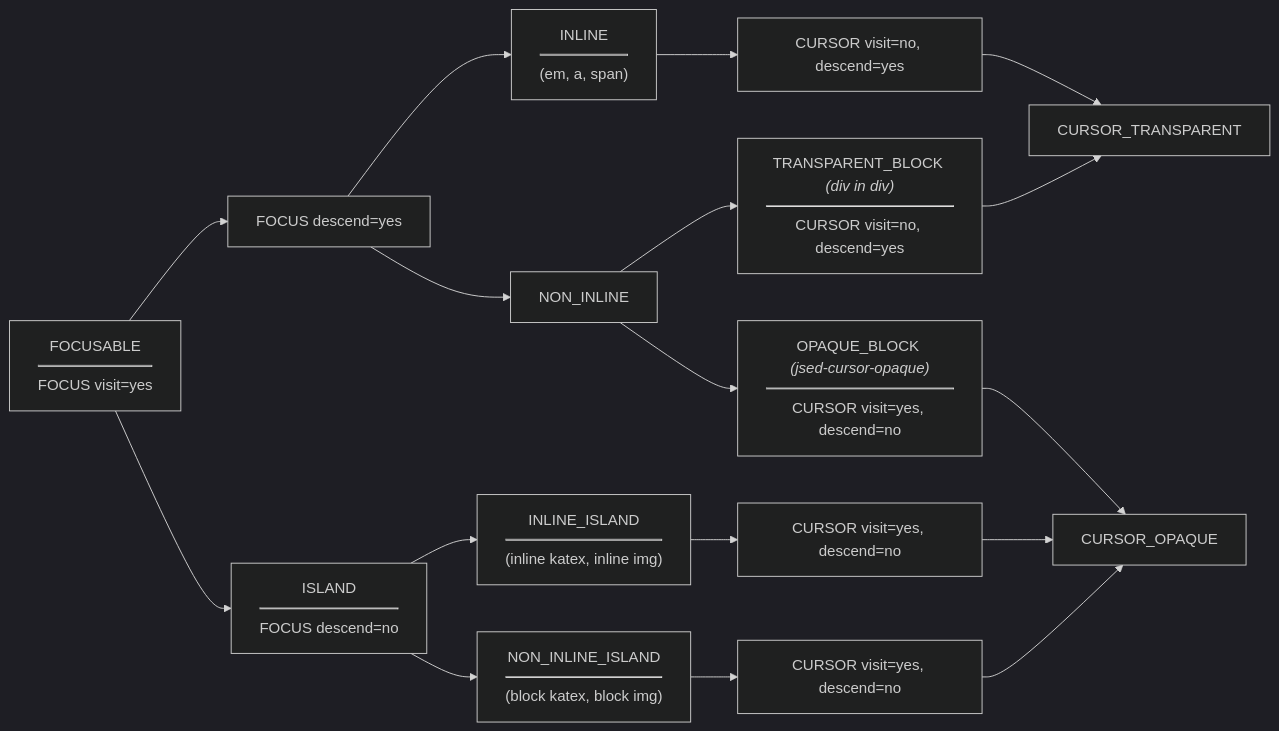
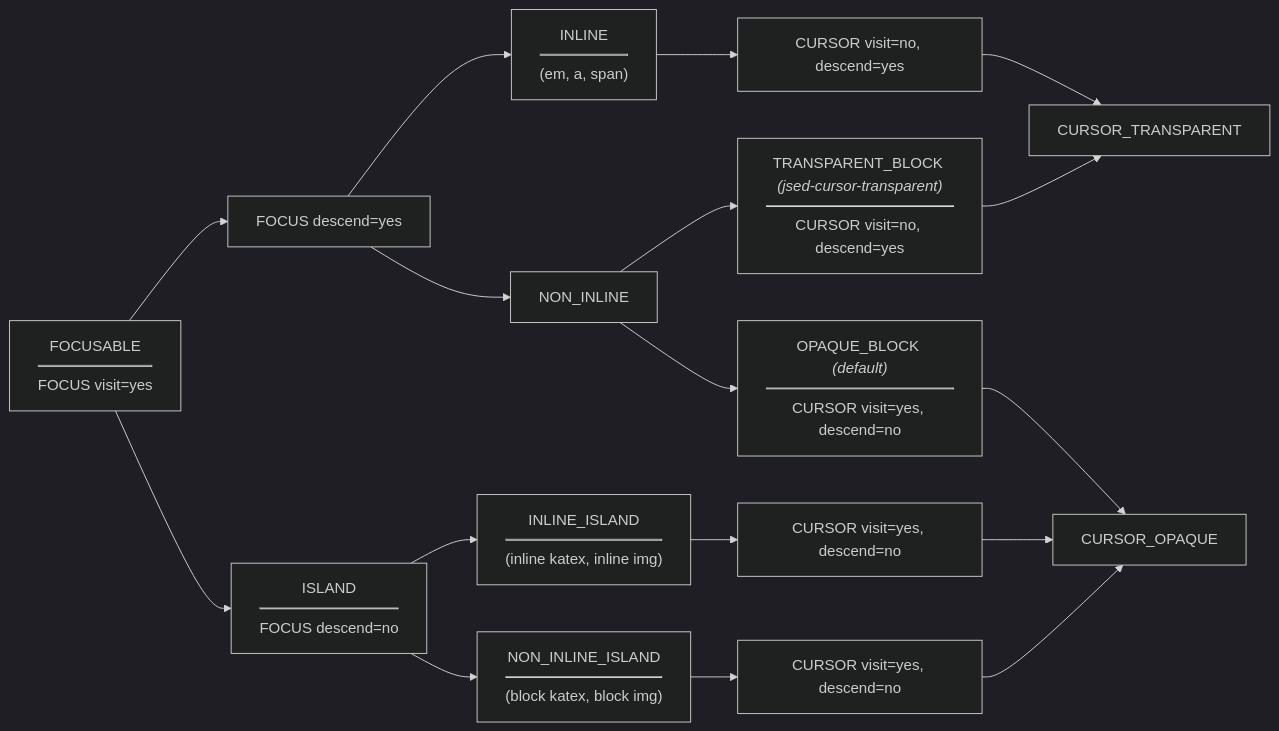
One commit to danielbush/oneput changed the diagram in packages/jsed/docs/vocabulary.md. Above: the diagram before and after it, drawn with Mermaid (dark theme). The commit also changed other lines of this file and 10 other files, not shown here.

Commit message:
feat(jsed): NON_INLINE's are OPAQUE_BLOCK's by default

````diff
--- a/packages/jsed/docs/vocabulary.md
+++ b/packages/jsed/docs/vocabulary.md
@@ -81,37 +81,37 @@
 ```mermaid
 graph LR
     A["FOCUSABLE<hr/>FOCUS visit=yes"] --> B["FOCUS descend=yes"]
     A --> C["ISLAND<hr/>FOCUS descend=no"]
 
     B --> D["INLINE <hr/>(em, a, span)"]
     B --> E["NON_INLINE"]
 
 
     C --> C1["INLINE_ISLAND <hr/>(inline katex, inline img)"]
     C --> C2["NON_INLINE_ISLAND <hr/>(block katex, block img)"]
-    
+
     %% CURSOR level
 
     D --> D1["CURSOR visit=no, descend=yes"]
     %% D --> D2["visit=yes, descend=no"]
     %% D --> D3["visit=yes, descend=yes"]
     %% D --> D4["visit=no, descend=no"]
 
-    E --> E1["TRANSPARENT_BLOCK <br/><em>(div in div)</em><hr/>CURSOR visit=no, descend=yes"]
-    E --> E2["OPAQUE_BLOCK <br/><em>(jsed-cursor-opaque)</em><hr/>CURSOR visit=yes, descend=no"]
+    E --> E2["TRANSPARENT_BLOCK <br/><em>(jsed-cursor-transparent)</em><hr/>CURSOR visit=no, descend=yes"]
+    E --> E1["OPAQUE_BLOCK <br/><em>(default)</em><hr/>CURSOR visit=yes, descend=no"]
 
 
     C1 --> C1a["CURSOR visit=yes, descend=no"]
     C2 --> C2a["CURSOR visit=yes, descend=no"]
-    
+
     F["CURSOR_OPAQUE"]
     G["CURSOR_TRANSPARENT"]
-    
+
     C1a --> F
     C2a --> F
-    E2 --> F
+    E1 --> F
     D1 --> G
-    E1 --> G
-    
-    
+    E2 --> G
+
+
 ```
````
